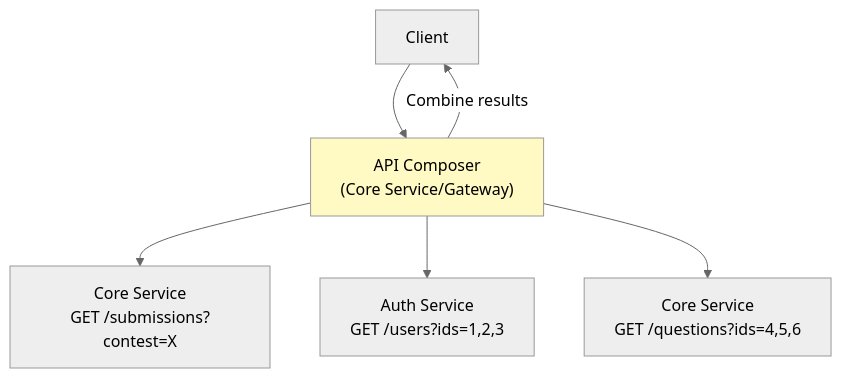
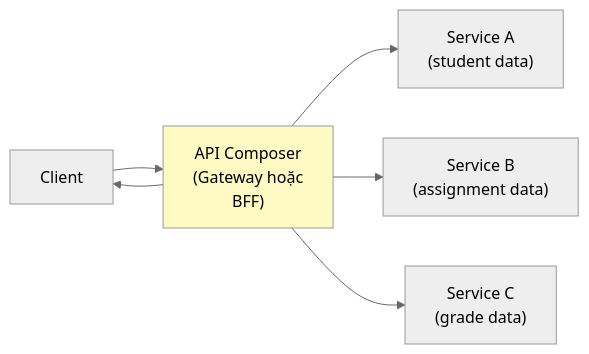
One commit to hungdn1701/ptit-microservice-textbook changed the sixth of 9 diagrams in manuscript/chapter-07.md. Above: the diagram before and after it, drawn with Mermaid (neutral theme). The commit also changed other lines of this file and 33 other files, not shown here.

````diff
--- a/manuscript/chapter-07.md
+++ b/manuscript/chapter-07.md
@@ -226,11 +207,10 @@
 ```mermaid
-graph TB
-    Client["Client"] --> Composer["API Composer<br/>(Core Service/Gateway)"]
-    Composer --> CS["Core Service<br/>GET /submissions?contest=X"]
-    Composer --> AS["Auth Service<br/>GET /users?ids=1,2,3"]
-    Composer --> QS["Core Service<br/>GET /questions?ids=4,5,6"]
+graph LR
+    CLIENT["Client"] --> COMP["API Composer\n(Gateway hoặc\nBFF)"]
+    COMP --> SA["Service A\n(student data)"]
+    COMP --> SB["Service B\n(assignment data)"]
+    COMP --> SC["Service C\n(grade data)"]
+    COMP --> CLIENT
     
-    Composer -->|"Combine results"| Client
-    
-    style Composer fill:#FFF9C4
+    style COMP fill:#FFF9C4
 ```
````
